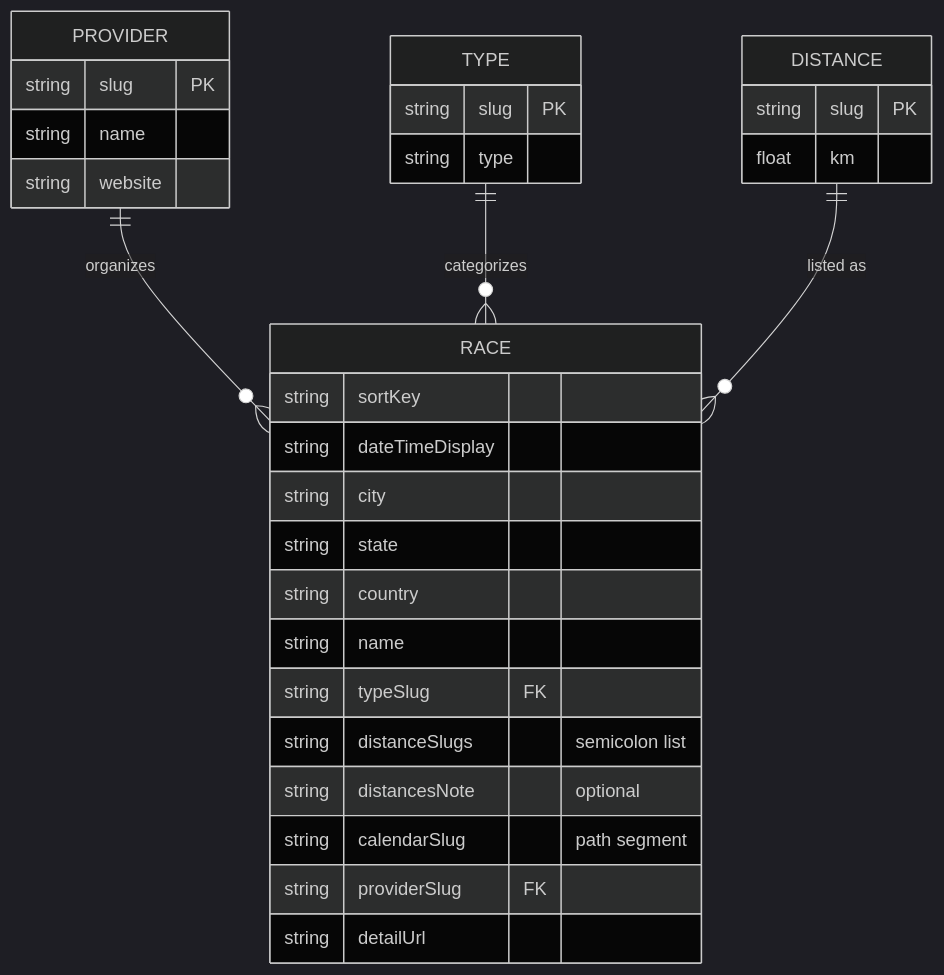
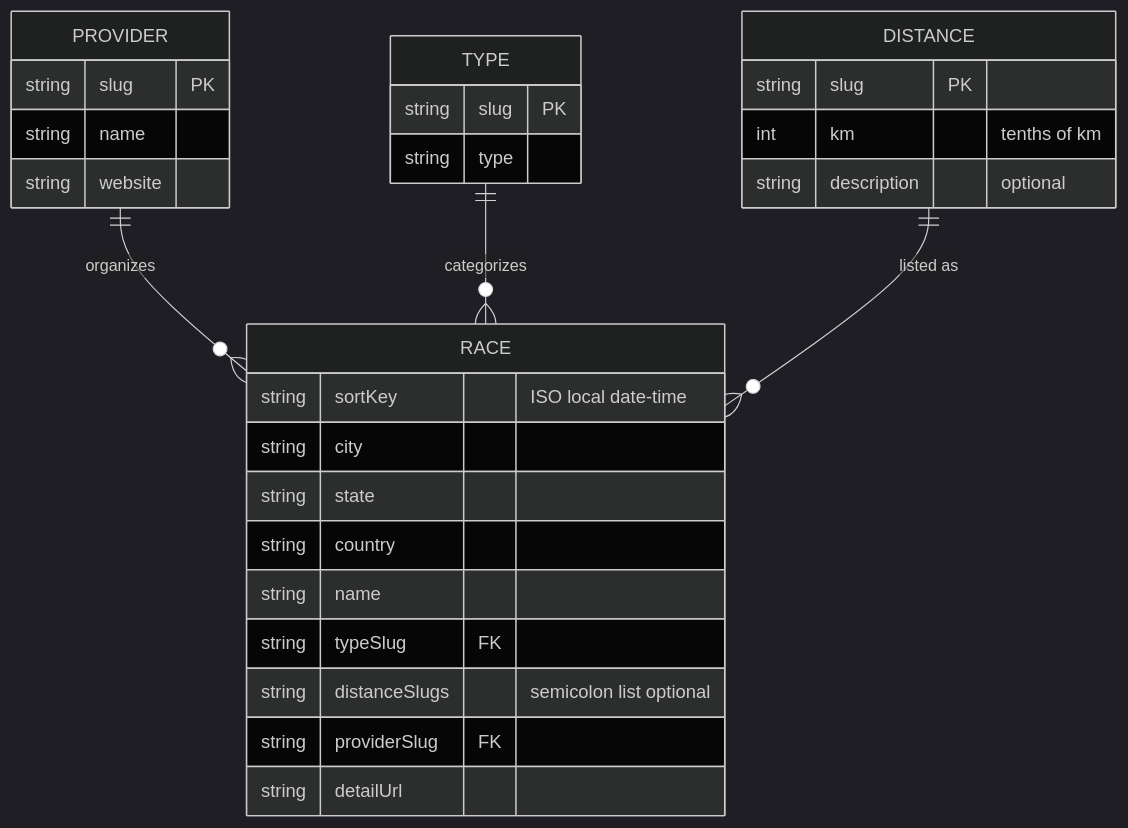
The diagram in docs/data-model.md (BobLeBuildeur/RunningCalendar), drawn with Mermaid (dark theme) before and after one commit. The commit also changed other lines of this file and 20 other files, not shown here.

First line of the commit message:
Normalize CSV schema: slugs, validation, ISO dates, kids distance

````diff
--- a/docs/data-model.md
+++ b/docs/data-model.md
@@ -7,37 +9,35 @@
 ```mermaid
 erDiagram
 	PROVIDER ||--o{ RACE : organizes
 	TYPE ||--o{ RACE : categorizes
 	DISTANCE ||--o{ RACE : "listed as"
 
 	PROVIDER {
 		string slug PK
 		string name
 		string website
 	}
 
 	TYPE {
 		string slug PK
 		string type
 	}
 
 	DISTANCE {
 		string slug PK
-		float km
+		int km "tenths of km"
+		string description "optional"
 	}
 
 	RACE {
-		string sortKey
-		string dateTimeDisplay
+		string sortKey "ISO local date-time"
 		string city
 		string state
 		string country
 		string name
 		string typeSlug FK
-		string distanceSlugs "semicolon list"
-		string distancesNote "optional"
-		string calendarSlug "path segment"
+		string distanceSlugs "semicolon list optional"
 		string providerSlug FK
 		string detailUrl
 	}
 ```
````
